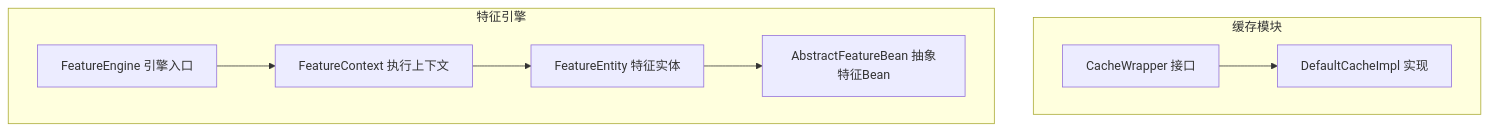
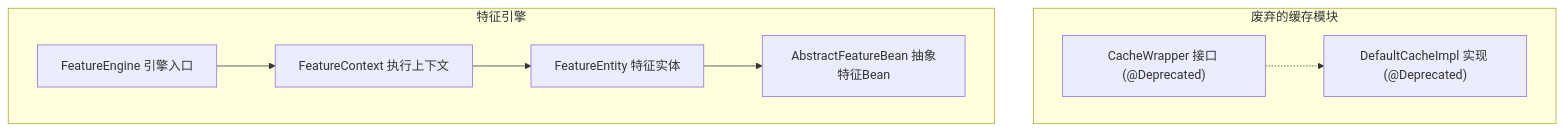
Before and after one commit to txzhanghuan/feature: the first of 5 diagrams in .qoder/repowiki/zh/content/高级用法/缓存系统.md, drawn with Mermaid. The commit also changed other lines of this file and 7 other files, not shown here.

````diff
--- a/.qoder/repowiki/zh/content/高级用法/缓存系统.md
+++ b/.qoder/repowiki/zh/content/高级用法/缓存系统.md
@@ -40,17 +43,17 @@
 ```mermaid
 graph TB
-subgraph "缓存模块"
-CW["CacheWrapper 接口"]
-DCI["DefaultCacheImpl 实现"]
+subgraph "废弃的缓存模块"
+CW["CacheWrapper 接口 (@Deprecated)"]
+DCI["DefaultCacheImpl 实现 (@Deprecated)"]
 end
 subgraph "特征引擎"
 FE["FeatureEngine 引擎入口"]
 FC["FeatureContext 执行上下文"]
 FEnt["FeatureEntity 特征实体"]
 AFB["AbstractFeatureBean 抽象特征Bean"]
 end
-CW --> DCI
+CW -.-> DCI
 FE --> FC
 FC --> FEnt
 FEnt --> AFB
 ```
````
